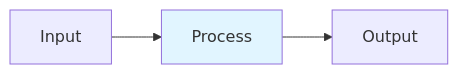
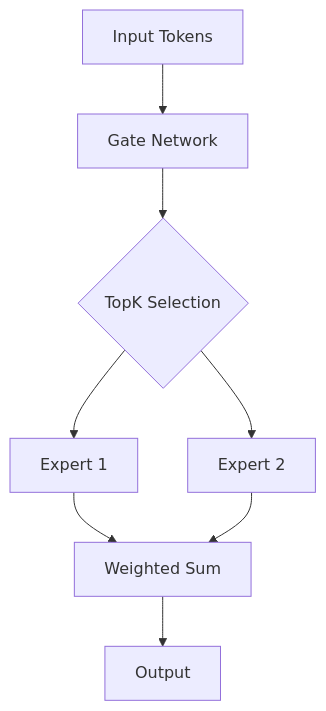
One commit to souradeepta/interviewprep-ai changed the diagram in modern-ai/concepts/26-mixture-of-experts.md. Above: the diagram before and after it, drawn with Mermaid. The commit also changed other lines of this file and 1 other file, not shown here.

````diff
--- a/modern-ai/concepts/26-mixture-of-experts.md
+++ b/modern-ai/concepts/26-mixture-of-experts.md
@@ -17,5 +22,10 @@
 ```mermaid
-graph LR
-    A[Input] --> B[Process] --> C[Output]
-    style B fill:#e1f5ff
+graph TD
+    A[Input Tokens] --> B[Gate Network]
+    B --> C{TopK Selection}
+    C --> D[Expert 1]
+    C --> E[Expert 2]
+    D --> F[Weighted Sum]
+    E --> F
+    F --> G[Output]
 ```
````
